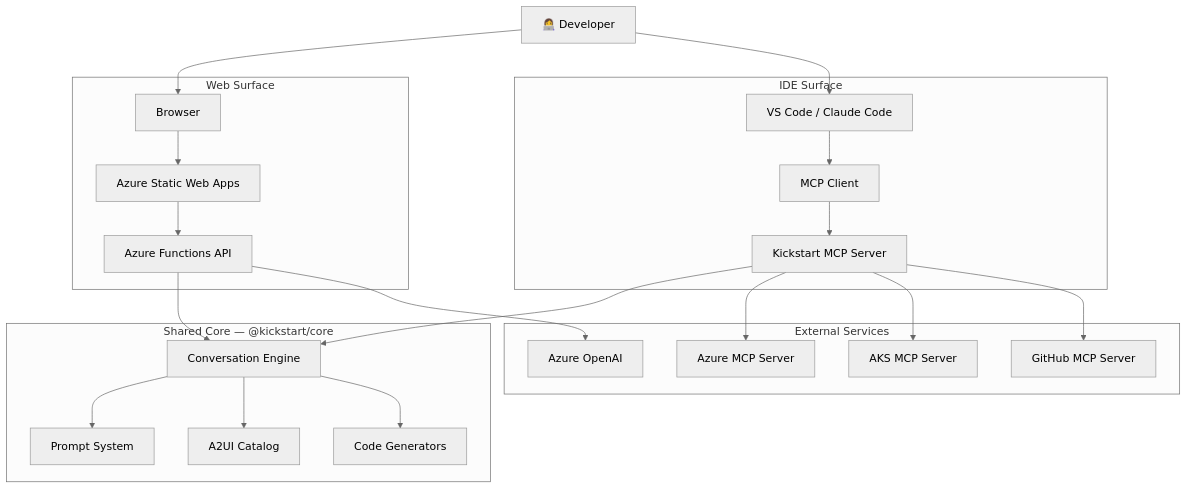
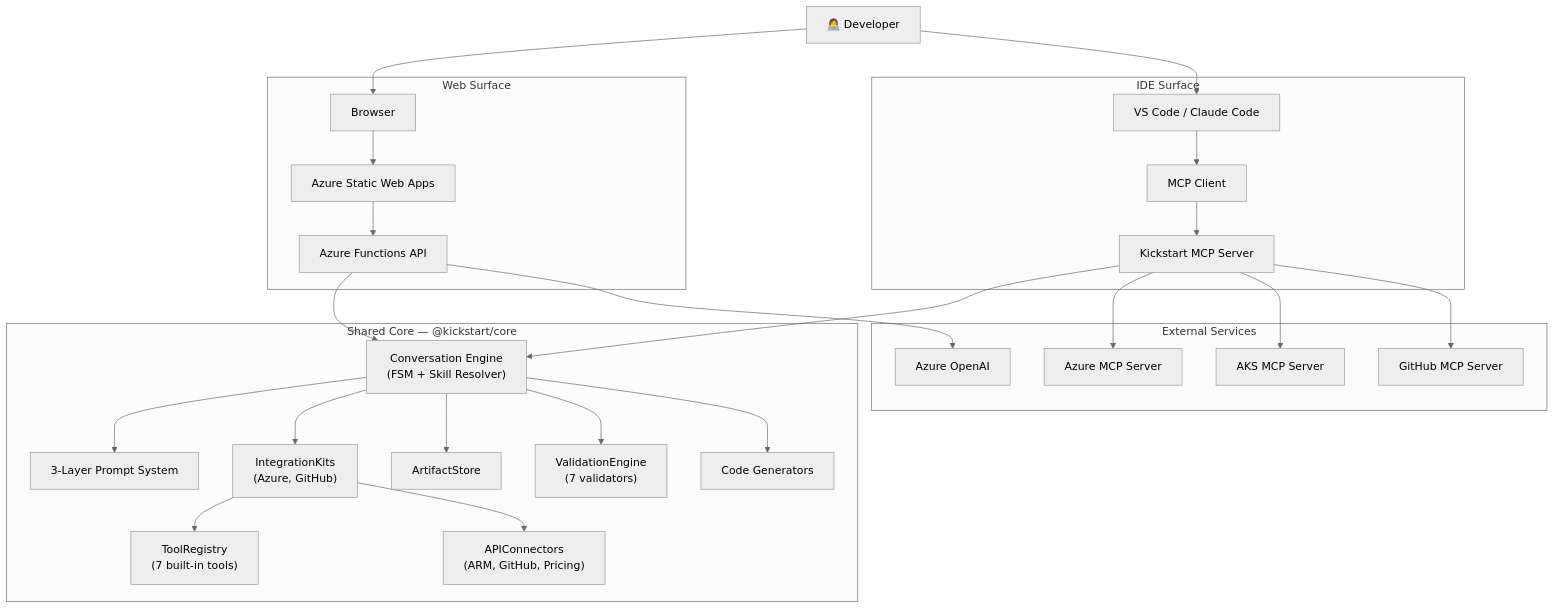
Before and after one commit to sabbour/kickstart: the first of 7 diagrams in docs/architecture.md, drawn with Mermaid (neutral theme). The commit also changed other lines of this file and 5 other files, not shown here.

First line of the commit message:
docs(B-97): update docs to reflect current architecture

````diff
--- a/docs/architecture.md
+++ b/docs/architecture.md
@@ -9,44 +9,52 @@
 ```mermaid
 graph TB
     Dev["👩‍💻 Developer"]
 
     subgraph "Web Surface"
         Browser["Browser"]
         SWA["Azure Static Web Apps"]
         API["Azure Functions API"]
     end
 
     subgraph "IDE Surface"
         IDE["VS Code / Claude Code"]
         MCPClient["MCP Client"]
         KickstartMCP["Kickstart MCP Server"]
     end
 
     subgraph "Shared Core — @kickstart/core"
-        Engine["Conversation Engine"]
-        Catalog["A2UI Catalog"]
-        Prompts["Prompt System"]
+        Engine["Conversation Engine<br/>(FSM + Skill Resolver)"]
+        Kits["IntegrationKits<br/>(Azure, GitHub)"]
+        Tools["ToolRegistry<br/>(7 built-in tools)"]
+        Connectors["APIConnectors<br/>(ARM, GitHub, Pricing)"]
+        Artifacts["ArtifactStore"]
+        Validation["ValidationEngine<br/>(7 validators)"]
+        Prompts["3-Layer Prompt System"]
         Generators["Code Generators"]
     end
 
     subgraph "External Services"
         AOAI["Azure OpenAI"]
         AzureMCP["Azure MCP Server"]
         AKSMCP["AKS MCP Server"]
         GitHubMCP["GitHub MCP Server"]
     end
 
     Dev --> Browser
     Dev --> IDE
     Browser --> SWA --> API
     API --> Engine
     API --> AOAI
     IDE --> MCPClient --> KickstartMCP
     KickstartMCP --> Engine
     KickstartMCP --> AzureMCP
     KickstartMCP --> AKSMCP
     KickstartMCP --> GitHubMCP
     Engine --> Prompts
-    Engine --> Catalog
+    Engine --> Kits
+    Kits --> Tools
+    Kits --> Connectors
+    Engine --> Artifacts
+    Engine --> Validation
     Engine --> Generators
 ```
````
